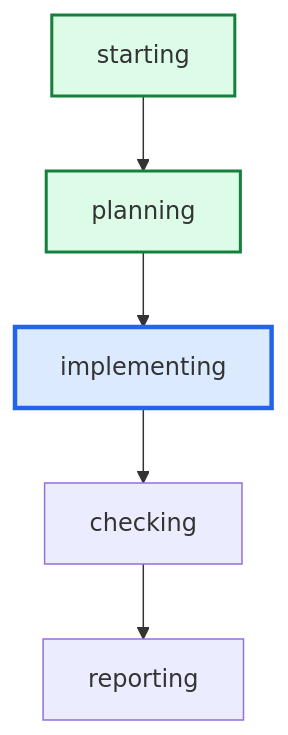
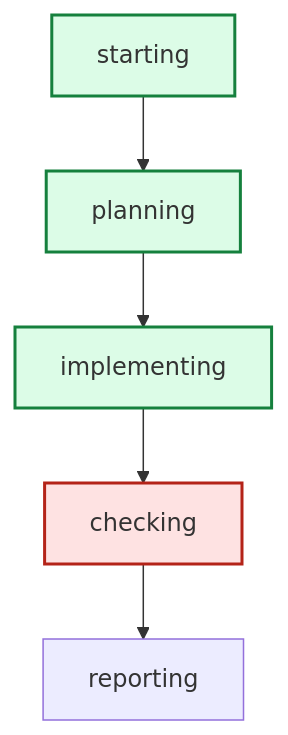
The diagram in latest/graph.mmd (daniell0gda/hermes-feature-check-dashboard), drawn with Mermaid before and after one commit. The commit also changed 27 other files, not shown here.

```diff
--- a/latest/graph.mmd
+++ b/latest/graph.mmd
@@ -1,12 +1,13 @@
 graph TD
     starting --> planning
     planning --> implementing
     implementing --> checking
     checking --> reporting
 
 classDef done fill:#dcfce7,stroke:#15803d,stroke-width:2px;
 classDef active fill:#dbeafe,stroke:#2563eb,stroke-width:3px;
 classDef failed fill:#fee2e2,stroke:#b42318,stroke-width:2px;
-class implementing active;
+class implementing done;
+class checking failed;
 class planning done;
 class starting done;
```
